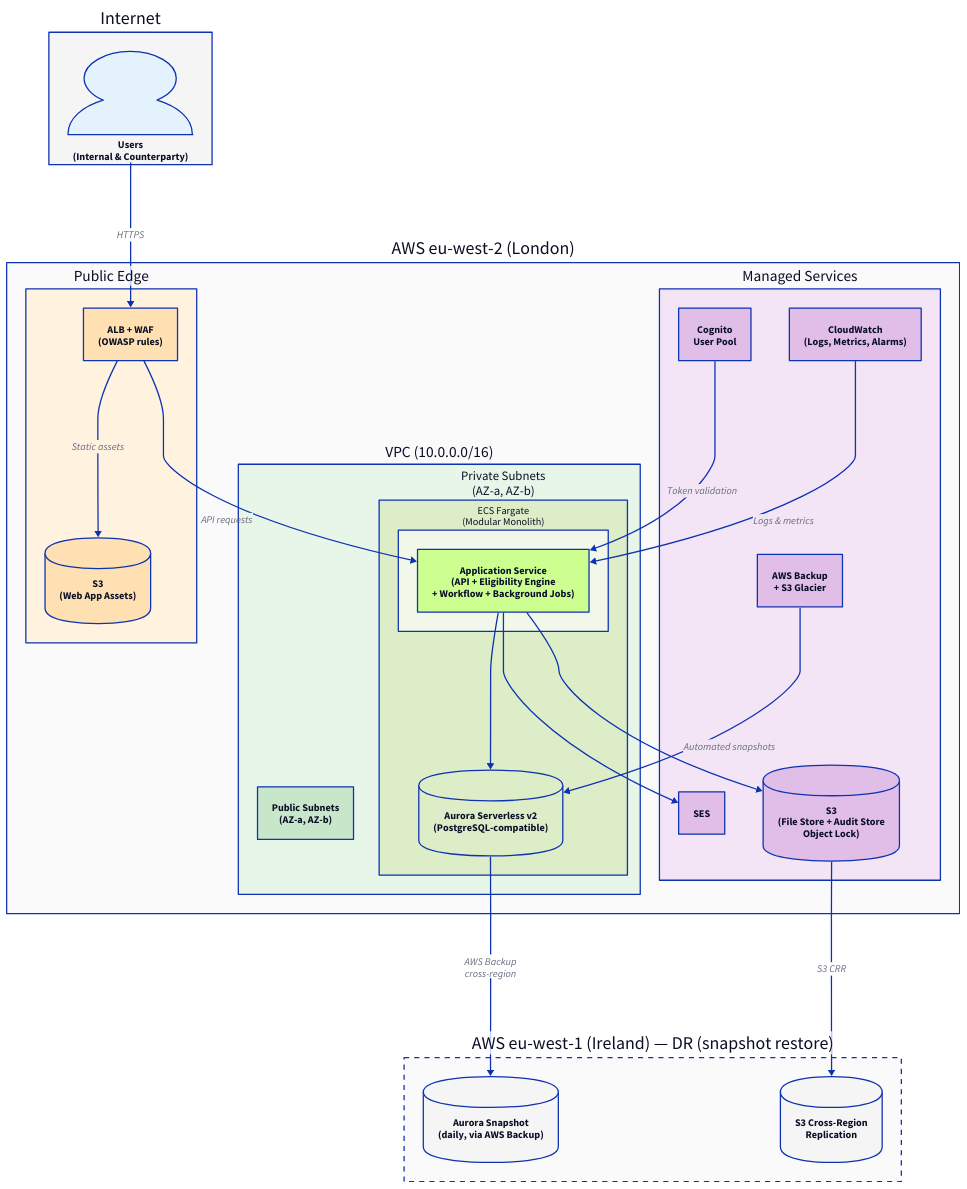
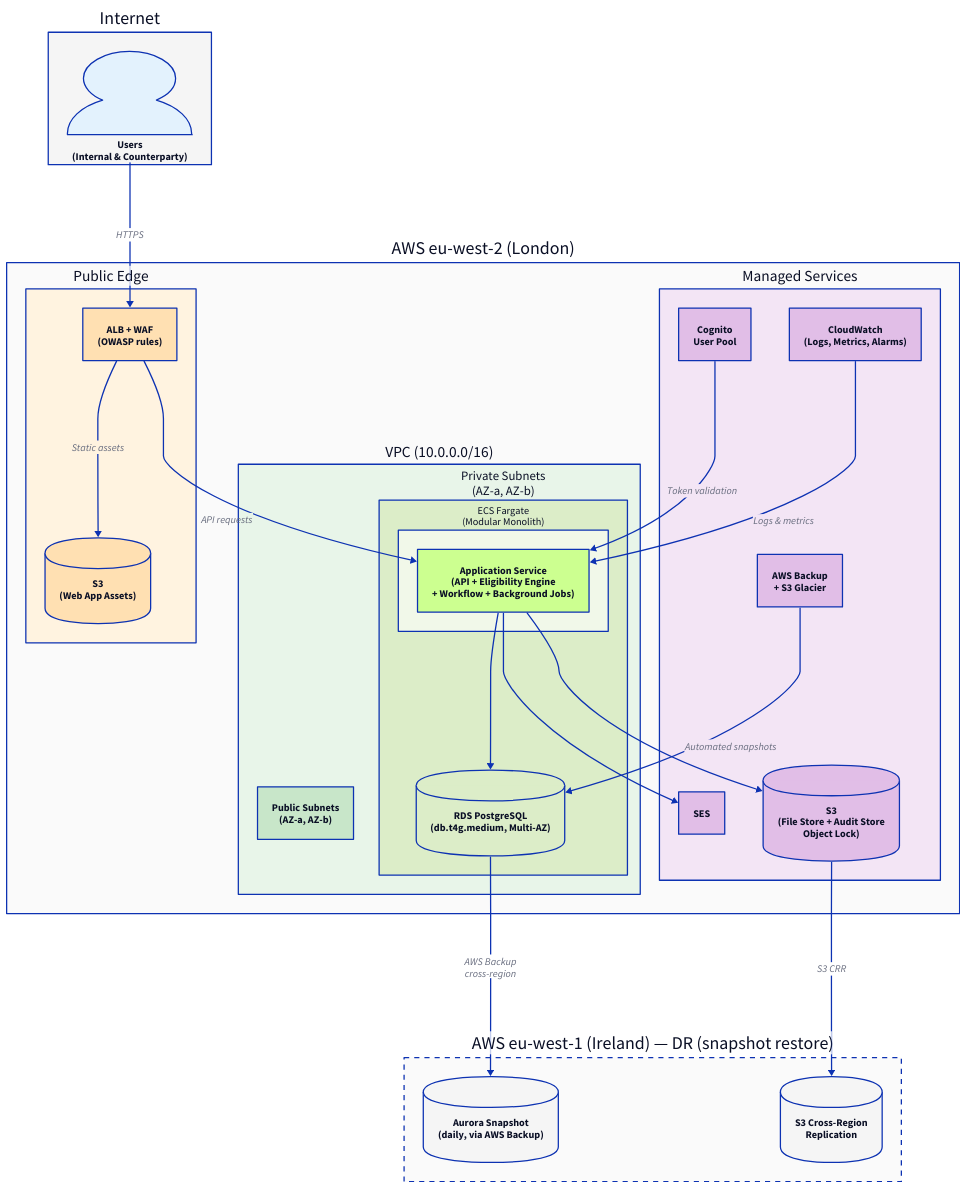
One commit to mosurekImagination/solution-architecture-case-studies changed the eighth of 8 diagrams in 03/docs/solution-design.adoc. Above: the diagram before and after it, drawn with D2. The commit also changed other lines of this file and 9 other files, not shown here.

```diff
--- a/03/docs/solution-design.adoc
+++ b/03/docs/solution-design.adoc
@@ -1280,7 +1275,7 @@
         }
       }
 
-      aurora: Aurora Serverless v2\n(PostgreSQL-compatible) {
+      aurora: RDS PostgreSQL\n(db.t4g.medium, Multi-AZ) {
         shape: cylinder
         style.fill: "#DCEDC8"
       }
```
